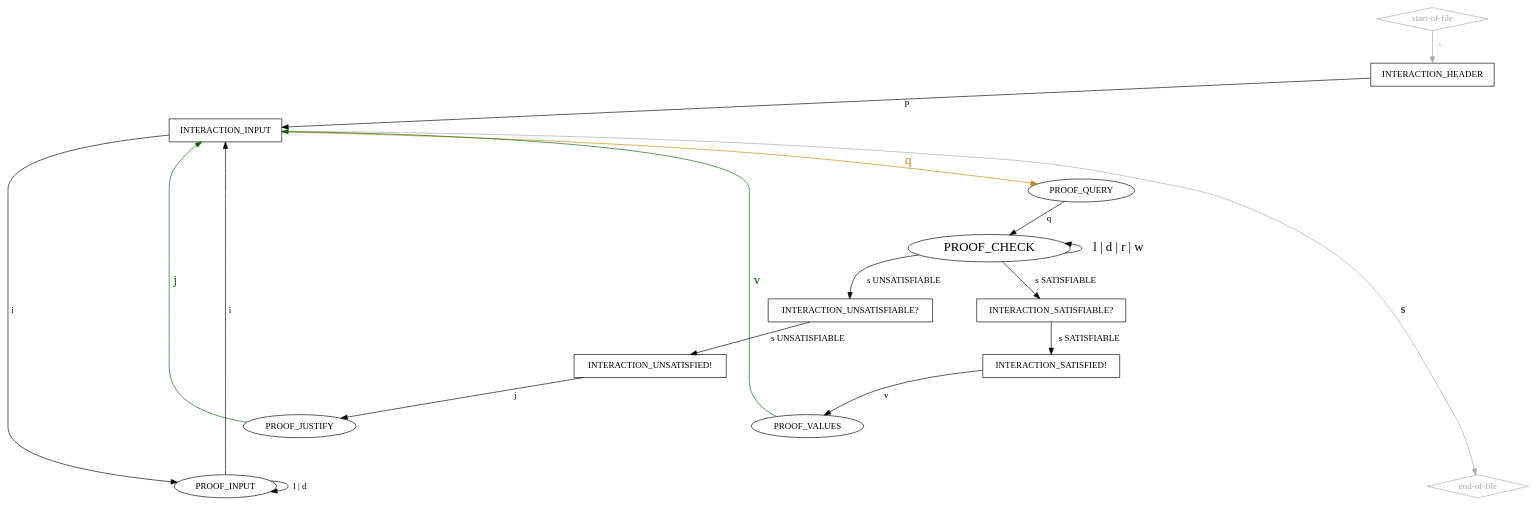
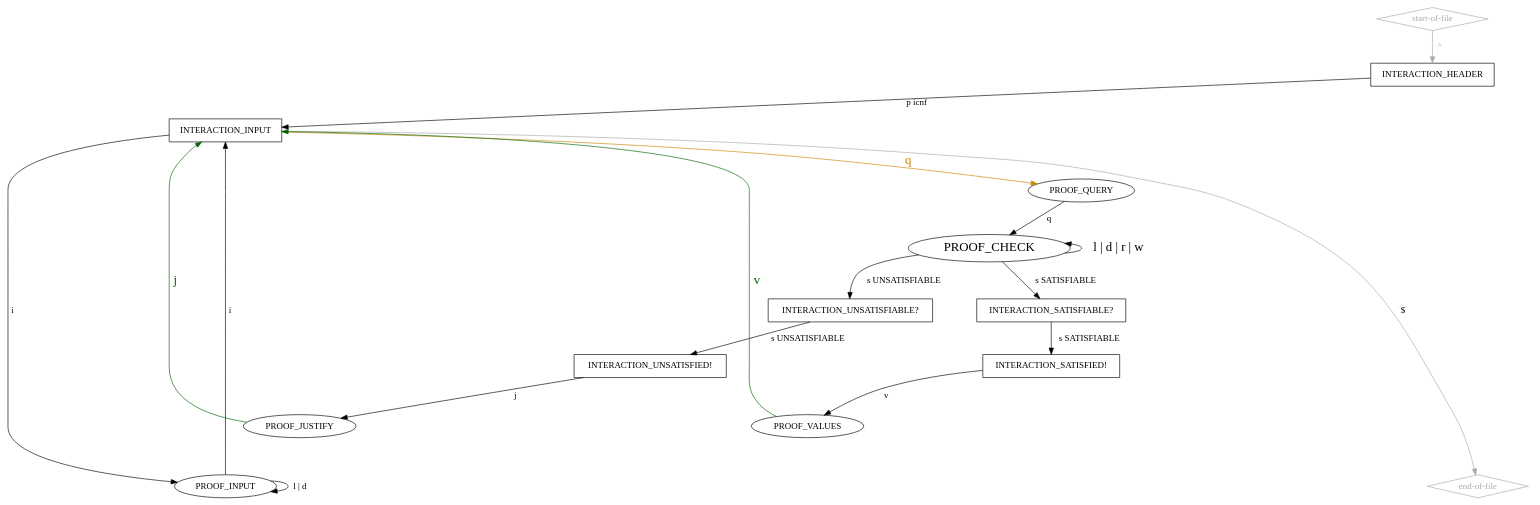
One commit to arminbiere/lidrup-check changed the diagram in idrup-check-pedantic.dot. Above: the diagram before and after it, drawn with Graphviz. The commit also changed 20 other files, not shown here.

```diff
--- a/idrup-check-pedantic.dot
+++ b/idrup-check-pedantic.dot
@@ -1,73 +1,73 @@
 digraph "idrup-check" {
 
   "start-of-file" [shape=diamond,color=darkgray,fontcolor=darkgray];
   "start-of-file" -> INTERACTION_HEADER [label=" ^ ",weight=2,color=darkgray,fontcolor=darkgray];
 
   "end-of-file" [shape=diamond,color=darkgray,fontcolor=darkgray];
 
   // INTERACTION_HEADER -> "end-of-file";
   // INTERACTION_INPUT -> "end-of-file";
    "end-of-file" -> INTERACTION_HEADER [label="$    ",dir=back,color=darkgray,style=invis];
    "end-of-file" -> INTERACTION_INPUT [label="$    ",dir=back,color=darkgray];
 
   INTERACTION_HEADER [shape=box];
   INTERACTION_HEADER -> PROOF_INPUT [label=" i ",style=invis];
   INTERACTION_HEADER -> PROOF_QUERY [label=" q ",color=invis,fontsize=20,fontcolor=invis];
-  INTERACTION_HEADER -> INTERACTION_INPUT [label=" p ",weight=2];
+  INTERACTION_HEADER -> INTERACTION_INPUT [label=" p icnf ",weight=2];
 
   INTERACTION_INPUT [shape=box];
   INTERACTION_INPUT -> PROOF_INPUT [label=" i ",weight=2];
   INTERACTION_INPUT -> PROOF_QUERY [label=" q ",weight=2,color=orange3,fontsize=20,fontcolor=orange3];
 
   PROOF_INPUT -> INTERACTION_INPUT [label=" i ",weight=3];
   PROOF_INPUT -> PROOF_INPUT [label=" l | d "];
 
   PROOF_QUERY -> PROOF_CHECK [label=" q "];
 
   PROOF_CHECK [fontsize=20];
   PROOF_CHECK -> PROOF_CHECK [label=" l | d | r | w ",dir=back,fontsize=20];
   PROOF_CHECK -> INTERACTION_SATISFIABLE [label=" s SATISFIABLE "];
   PROOF_CHECK -> INTERACTION_UNSATISFIABLE [label=" s UNSATISFIABLE "];
 
   INTERACTION_UNSATISFIABLE [shape="box",label="INTERACTION_UNSATISFIABLE?"];
   INTERACTION_UNSATISFIABLE -> INTERACTION_UNSATISFIED [label=" s UNSATISFIABLE "];
 
   INTERACTION_SATISFIABLE [shape="box",label="INTERACTION_SATISFIABLE?"];
   INTERACTION_SATISFIABLE -> INTERACTION_SATISFIED [label=" s SATISFIABLE "];
 
   INTERACTION_SATISFIED [shape=box,label="INTERACTION_SATISFIED!"];
   INTERACTION_SATISFIED -> PROOF_VALUES [label=" v "];
   INTERACTION_SATISFIED -> PROOF_INPUT_OR_VALUES [label=" i ",color=invis,fontcolor=invis];
   INTERACTION_SATISFIED -> PROOF_QUERY_OR_VALUES [label=" q ", color=invis,fontsize=20,fontcolor=invis];
   INTERACTION_SATISFIED -> PROOF_VALUES_AND_END [label=" $ ",color=invis,fontcolor=invis];
 
   INTERACTION_UNSATISFIED [shape=box,label="INTERACTION_UNSATISFIED!"];
   INTERACTION_UNSATISFIED -> PROOF_JUSTIFY [label=" j "];
   INTERACTION_UNSATISFIED -> PROOF_INPUT_OR_JUSTIFY [label=" i ",color=invis,fontcolor=invis];
   INTERACTION_UNSATISFIED -> PROOF_QUERY_OR_JUSTIFY [label=" q ",color=invis,fontsize=20,fontcolor=invis];
   INTERACTION_UNSATISFIED -> PROOF_JUSTIFY_AND_END [label=" $ ",color=invis,fontcolor=invis];
 
   PROOF_VALUES_AND_END [color=invis,fontcolor=invis]
   PROOF_VALUES_AND_END -> "end-of-file" [label=" v ",color=invis,fontsize=20,fontcolor=invis];
   PROOF_JUSTIFY_AND_END [color=invis,fontcolor=invis]
   PROOF_JUSTIFY_AND_END -> "end-of-file" [label=" j ",color=invis,fontsize=20,fontcolor=invis];
 
   PROOF_VALUES -> INTERACTION_INPUT [label=" v ",color=darkgreen,fontsize=20,fontcolor=darkgreen];
   PROOF_JUSTIFY -> INTERACTION_INPUT [label=" j ",color=darkgreen,fontsize=20,fontcolor=darkgreen];
 
   PROOF_INPUT_OR_VALUES [color=invis,fontcolor=invis];
   PROOF_INPUT_OR_VALUES -> INTERACTION_INPUT [label=" i ",color=invis,fontcolor=invis];
   PROOF_INPUT_OR_VALUES -> PROOF_INPUT [label=" v ", color=invis,fontcolor=invis,fontsize=20];
 
   PROOF_QUERY_OR_VALUES [color=invis,fontcolor=invis];
   PROOF_QUERY_OR_VALUES -> PROOF_QUERY [label=" v ",color=invis,fontcolor=invis,fontsize=20];
   PROOF_QUERY_OR_VALUES -> PROOF_CHECK [label=" q ",color=invis,fontcolor=invis];
 
   PROOF_QUERY_OR_JUSTIFY [color=invis,fontcolor=invis];
   PROOF_QUERY_OR_JUSTIFY -> PROOF_QUERY [label=" j ",color=invis,fontcolor=invis,fontsize=20];
   PROOF_QUERY_OR_JUSTIFY -> PROOF_CHECK [label=" q ",color=invis,fontcolor=invis];
 
   PROOF_INPUT_OR_JUSTIFY [color=invis,fontcolor=invis];
   PROOF_INPUT_OR_JUSTIFY -> PROOF_INPUT [label=" j ",color=invis,fontcolor=invis,fontsize=20];
   PROOF_INPUT_OR_JUSTIFY -> INTERACTION_INPUT [label=" i ",color=invis,fontcolor=invis];
 }
```
